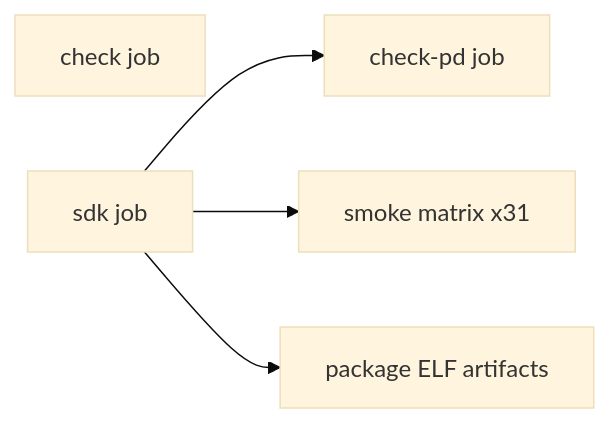
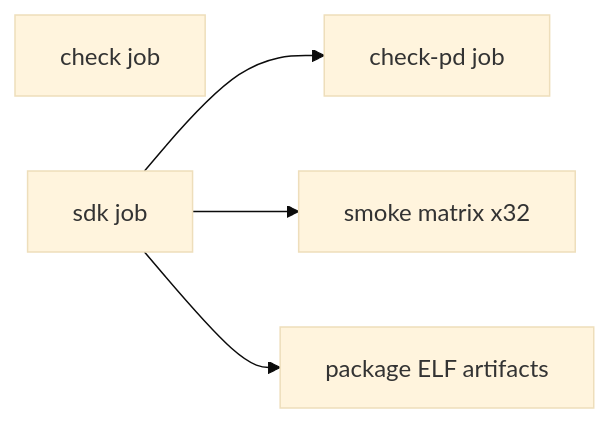
The diagram in docs/ci.md (julerex/lerux), drawn with Mermaid (base theme) before and after one commit. The commit also changed other lines of this file and 41 other files, not shown here.

````diff
--- a/docs/ci.md
+++ b/docs/ci.md
@@ -13,11 +13,11 @@
 ```mermaid
 flowchart LR
   check[check job]
   sdk[sdk job]
   checkPd[check-pd job]
-  smoke[smoke matrix x31]
+  smoke[smoke matrix x32]
   package[package ELF artifacts]
   sdk --> checkPd
   sdk --> smoke
   sdk --> package
 ```
````
